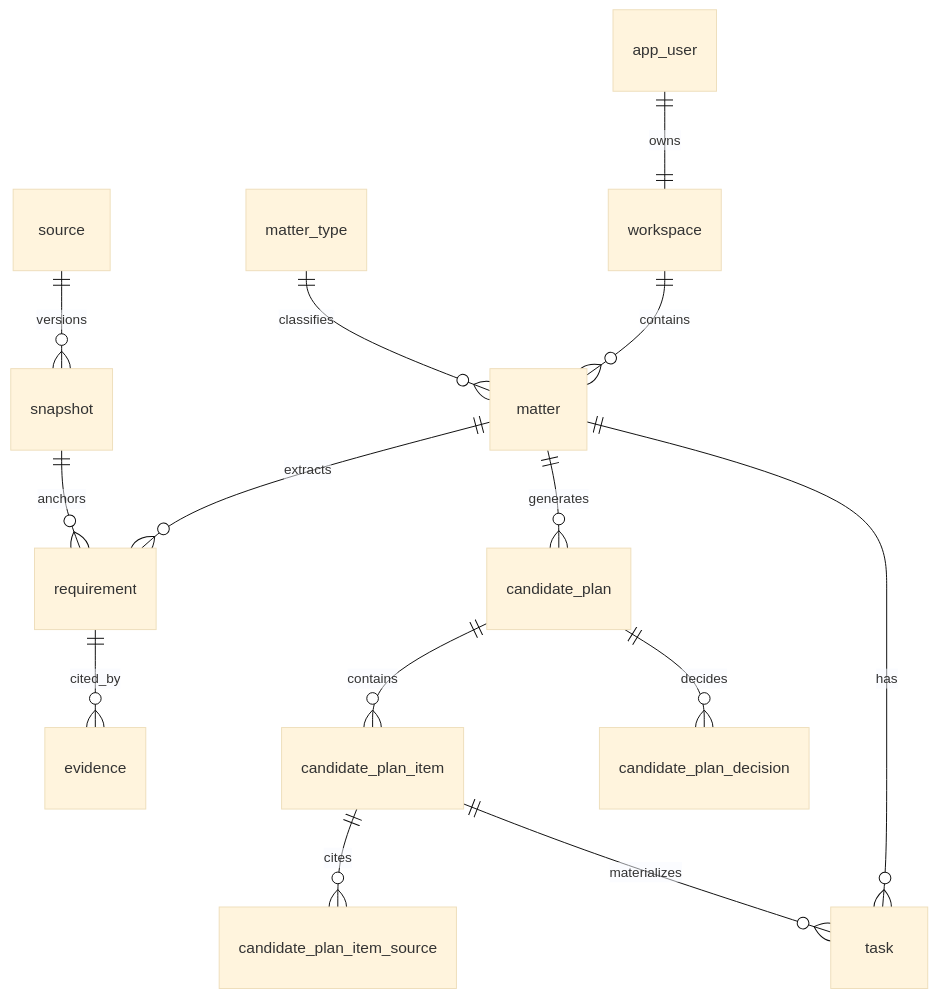
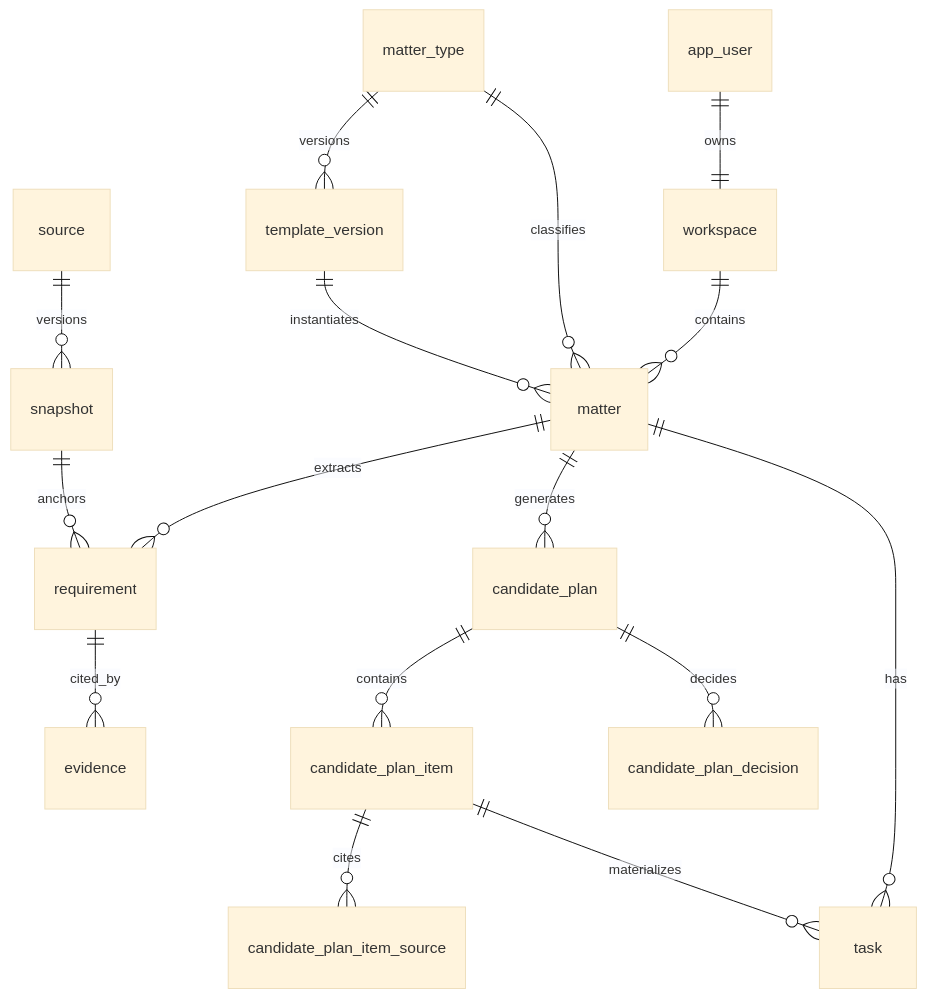
One commit to LotteryCamp/OfferPilot changed the diagram in docs/backend/alpha-schema.md. Above: the diagram before and after it, drawn with Mermaid (base theme). The commit also changed other lines of this file and 15 other files, not shown here.

First line of the commit message:
fix(db): address schema review feedback

````diff
--- a/docs/backend/alpha-schema.md
+++ b/docs/backend/alpha-schema.md
@@ -54,16 +55,18 @@
 ```mermaid
 erDiagram
     app_user ||--|| workspace : owns
     workspace ||--o{ matter : contains
+    matter_type ||--o{ template_version : versions
     matter_type ||--o{ matter : classifies
+    template_version ||--o{ matter : instantiates
     matter ||--o{ requirement : extracts
     matter ||--o{ candidate_plan : generates
     matter ||--o{ task : has
     source ||--o{ snapshot : versions
     snapshot ||--o{ requirement : anchors
     requirement ||--o{ evidence : cited_by
     candidate_plan ||--o{ candidate_plan_item : contains
     candidate_plan ||--o{ candidate_plan_decision : decides
     candidate_plan_item ||--o{ candidate_plan_item_source : cites
     candidate_plan_item ||--o{ task : materializes
 ```
````
